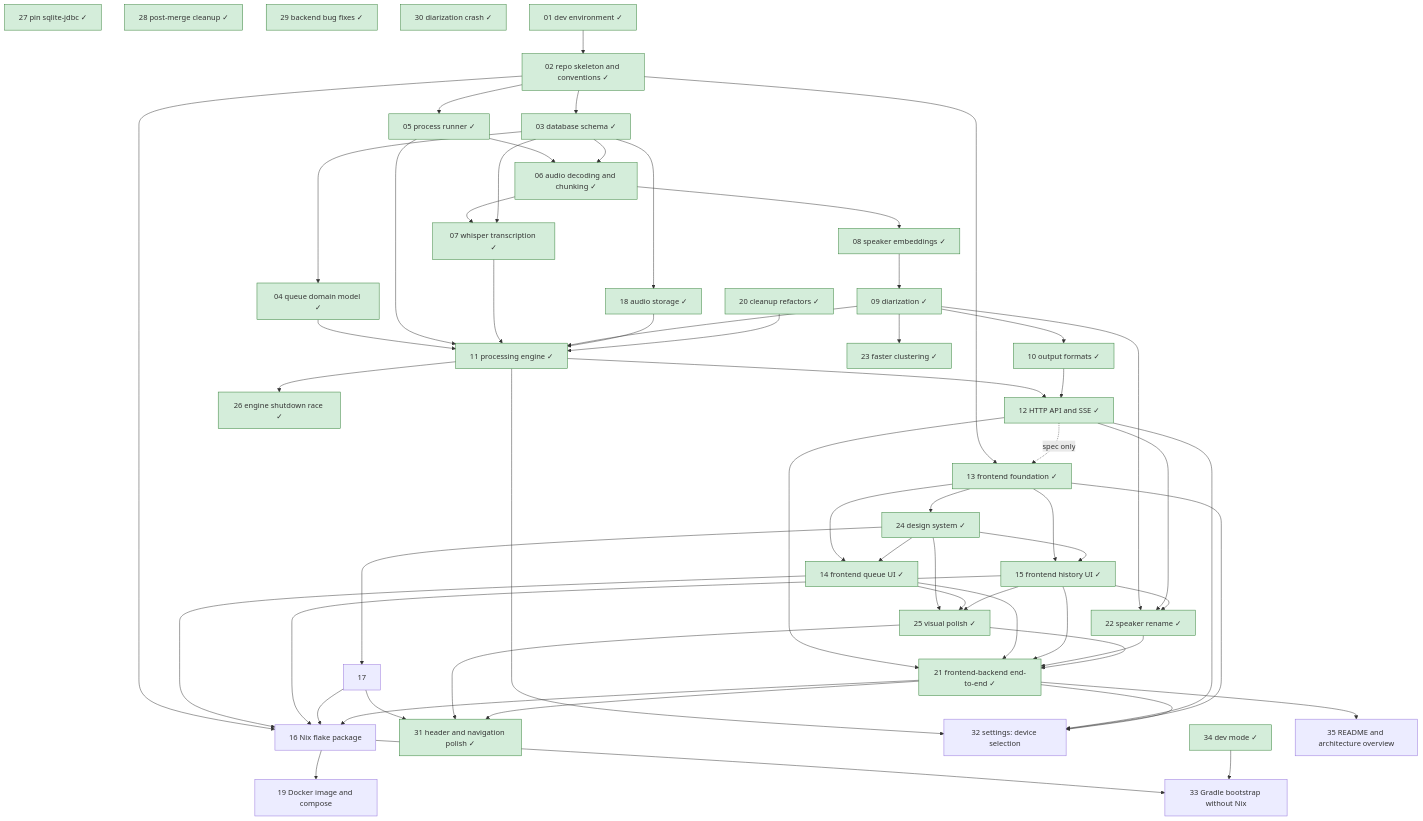
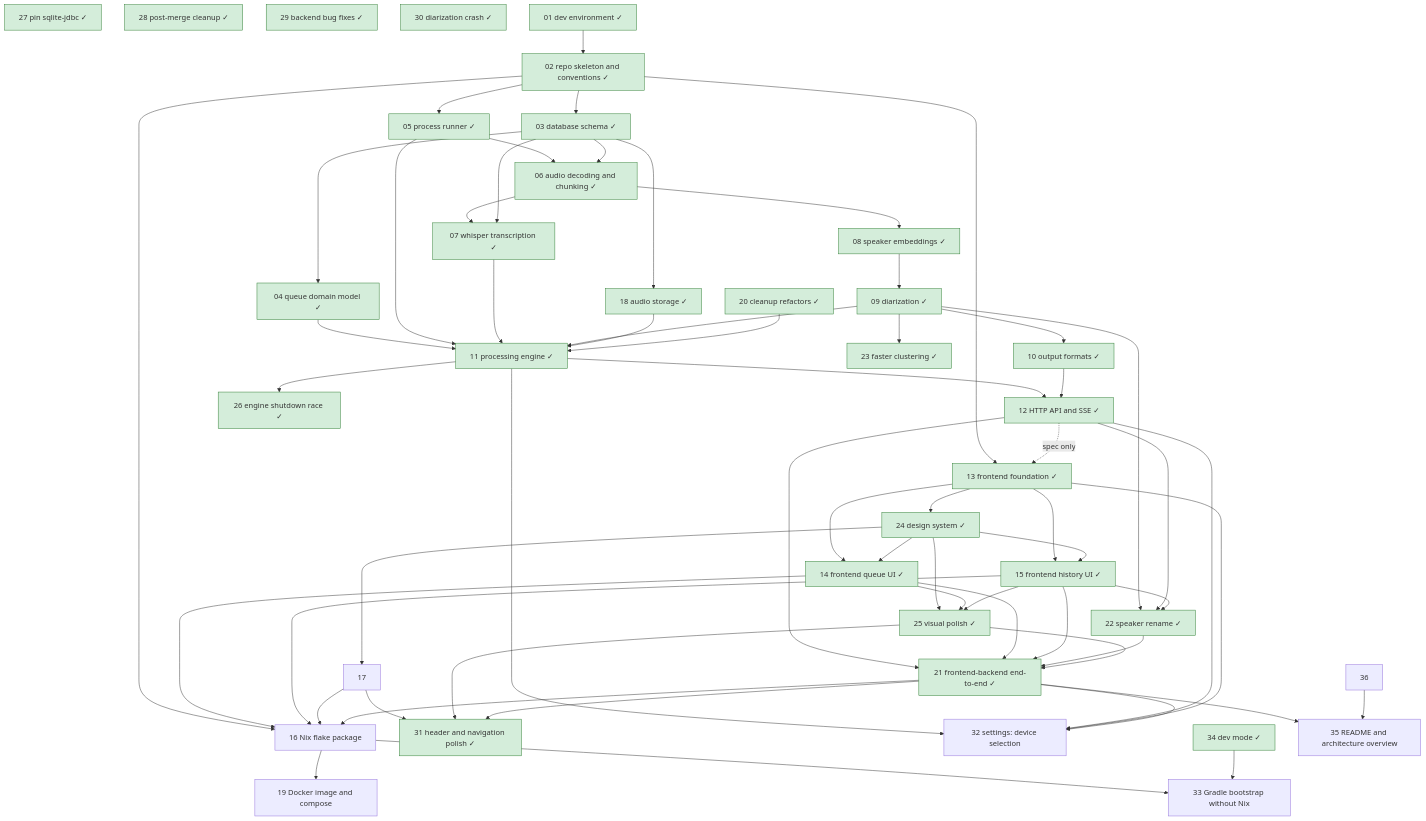
The diagram in roadmap/README.md (lulu-berlin/speech-to-text-app), drawn with Mermaid before and after one commit. The commit also changed other lines of this file and 1 other file, not shown here.

Commit message:
Add item 36: follow mode stops by itself (hold-off race)

````diff
--- a/roadmap/README.md
+++ b/roadmap/README.md
@@ -17,67 +17,68 @@
 ```mermaid
 graph TD
   01[01 dev environment ✓]:::done --> 02[02 repo skeleton and conventions ✓]:::done
   02 --> 03[03 database schema ✓]:::done
   03 --> 04[04 queue domain model ✓]:::done
   02 --> 05[05 process runner ✓]:::done
   05 --> 06[06 audio decoding and chunking ✓]:::done
   03 --> 06
   06 --> 07[07 whisper transcription ✓]:::done
   03 --> 07
   06 --> 08[08 speaker embeddings ✓]:::done
   08 --> 09[09 diarization ✓]:::done
   09 --> 10[10 output formats ✓]:::done
   04 --> 11[11 processing engine ✓]:::done
   05 --> 11
   07 --> 11
   09 --> 11
   03 --> 18[18 audio storage ✓]:::done
   18 --> 11
   20 --> 11
   11 --> 12[12 HTTP API and SSE ✓]:::done
   10 --> 12
   02 --> 13[13 frontend foundation ✓]:::done
   12 -. spec only .-> 13
   13 --> 14[14 frontend queue UI ✓]:::done
   13 --> 15[15 frontend history UI ✓]:::done
   02 --> 16[16 Nix flake package]
   14 --> 16
   15 --> 16
   17 --> 16
   20[20 cleanup refactors ✓]:::done
   12 --> 21[21 frontend-backend end-to-end ✓]:::done
   14 --> 21
   15 --> 21
   22 --> 21
   25 --> 21
   16 --> 19[19 Docker image and compose]
   21 --> 16
   09 --> 22[22 speaker rename ✓]:::done
   12 --> 22
   15 --> 22
   09 --> 23[23 faster clustering ✓]:::done
   13 --> 24[24 design system ✓]:::done
   24 --> 14
   24 --> 15
   24 --> 17
   24 --> 25[25 visual polish ✓]:::done
   14 --> 25
   15 --> 25
   11 --> 26[26 engine shutdown race ✓]:::done
   27[27 pin sqlite-jdbc ✓]:::done
   28[28 post-merge cleanup ✓]:::done
   29[29 backend bug fixes ✓]:::done
   30[30 diarization crash ✓]:::done
   17 --> 31[31 header and navigation polish ✓]:::done
   25 --> 31
   21 --> 31
   11 --> 32[32 settings: device selection]
   12 --> 32
   13 --> 32
   21 --> 32
   16 --> 33[33 Gradle bootstrap without Nix]
   34 --> 33
   34[34 dev mode ✓]:::done
   21 --> 35[35 README and architecture overview]
+  36 --> 35[35 README and architecture overview]
   classDef done fill:#d4edda,stroke:#2e7d32
 ```
````
